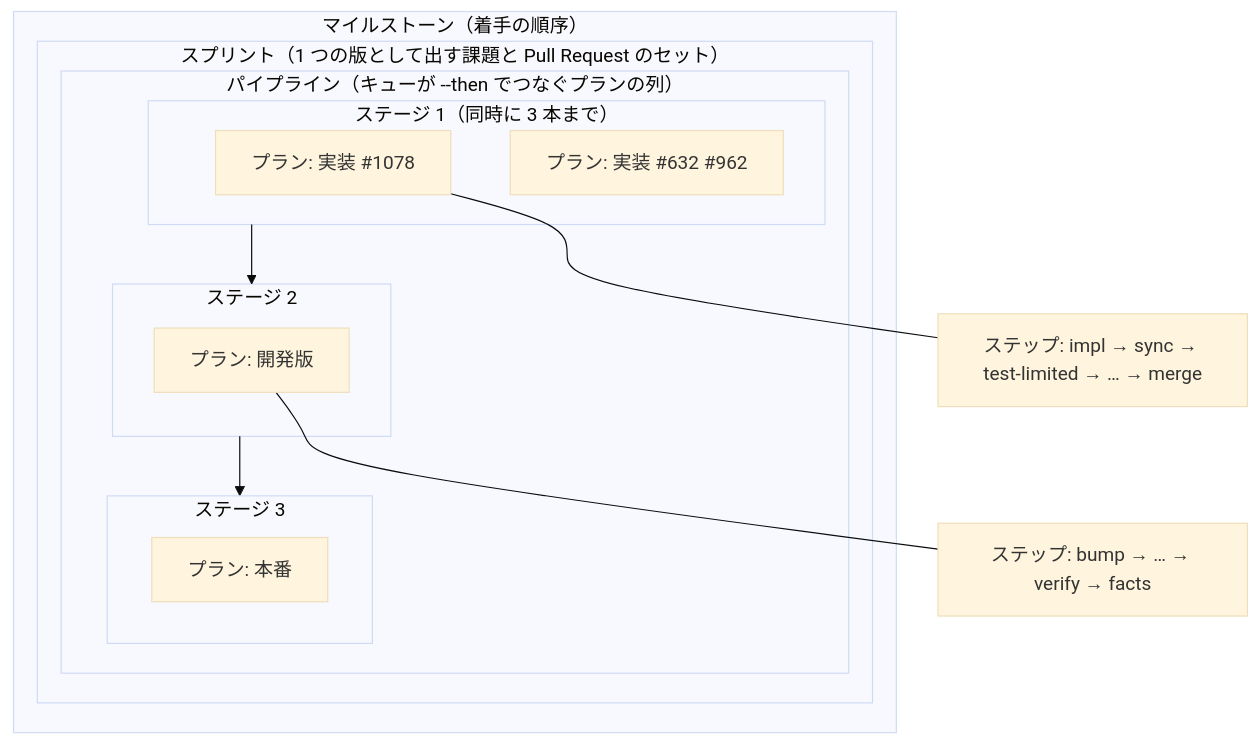
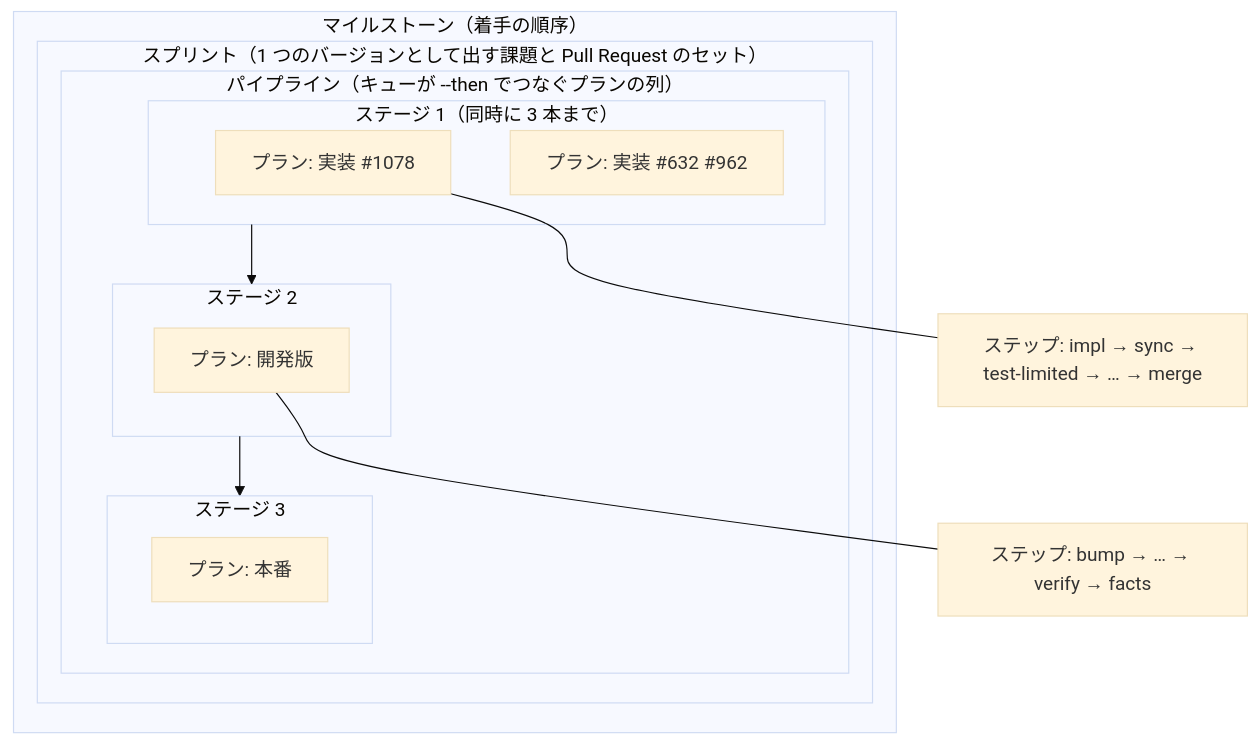
Before and after one commit to devbasex/ai-plugins: the diagram in plugins/ndf/skills/development-workflow/references/glossary.md, drawn with Mermaid (base theme). The commit also changed other lines of this file and 3010 other files, not shown here.

````diff
--- a/plugins/ndf/skills/development-workflow/references/glossary.md
+++ b/plugins/ndf/skills/development-workflow/references/glossary.md
@@ -29,22 +29,22 @@
 ```mermaid
 flowchart TB
     subgraph MS["マイルストーン（着手の順序）"]
-        subgraph MI["スプリント（1 つの版として出す課題と Pull Request のセット）"]
+        subgraph MI["スプリント（1 つのバージョンとして出す課題と Pull Request のセット）"]
             subgraph CH["パイプライン（キューが --then でつなぐプランの列）"]
                 subgraph T1["ステージ 1（同時に 3 本まで）"]
                     P1["プラン: 実装 #1078"]
                     P2["プラン: 実装 #632 #962"]
                 end
                 subgraph T2["ステージ 2"]
                     P3["プラン: 開発版"]
                 end
                 subgraph T3["ステージ 3"]
                     P4["プラン: 本番"]
                 end
                 T1 --> T2 --> T3
             end
         end
     end
     P1 --- S1["ステップ: impl → sync → test-limited → … → merge"]
     P3 --- S3["ステップ: bump → … → verify → facts"]
 ```
````
